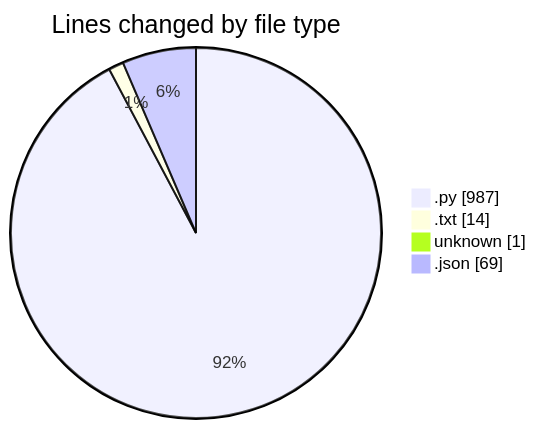
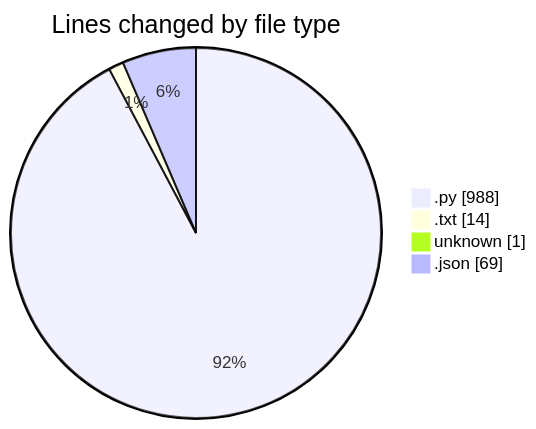
One commit to Unknowalive/code-tracking changed the first of 2 diagrams in 2026-07-03/researchlens/README.md. Above: the diagram before and after it, drawn with Mermaid. The commit also changed other lines of this file and 1 other file, not shown here.

````diff
--- a/2026-07-03/researchlens/README.md
+++ b/2026-07-03/researchlens/README.md
@@ -32,8 +32,8 @@
 ```mermaid
 pie showData
 title Lines changed by file type
-".py" : 987
+".py" : 988
 ".txt" : 14
 "unknown" : 1
 ".json" : 69
 ```
````
